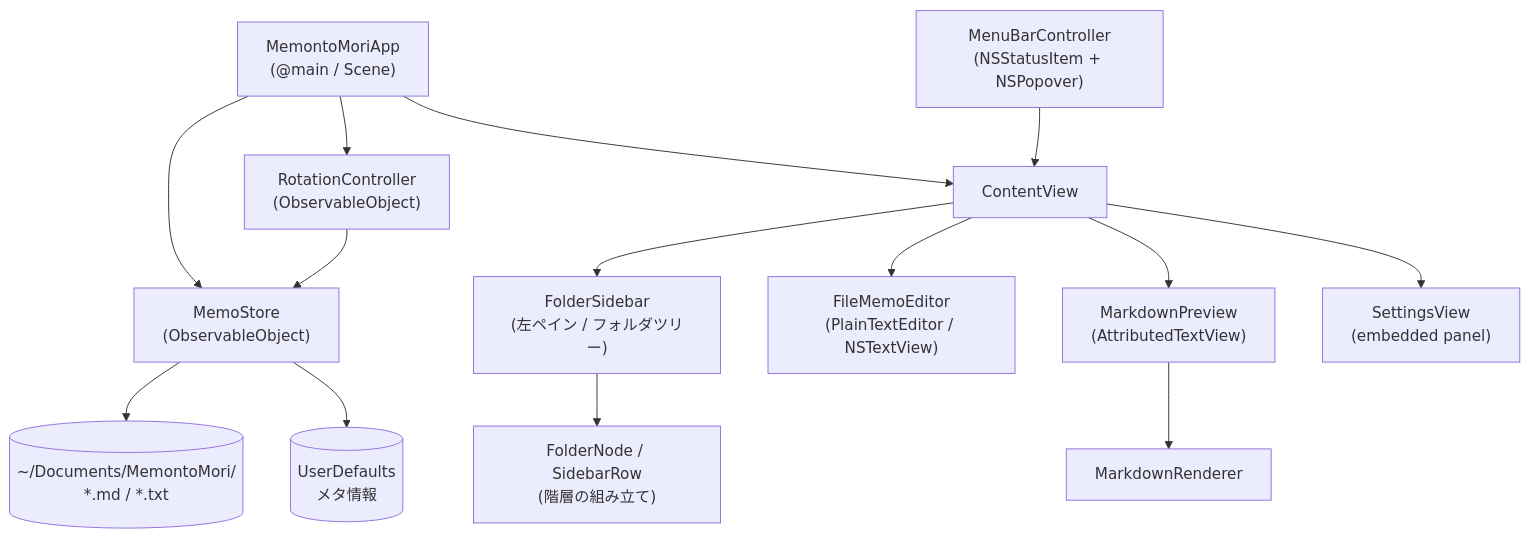
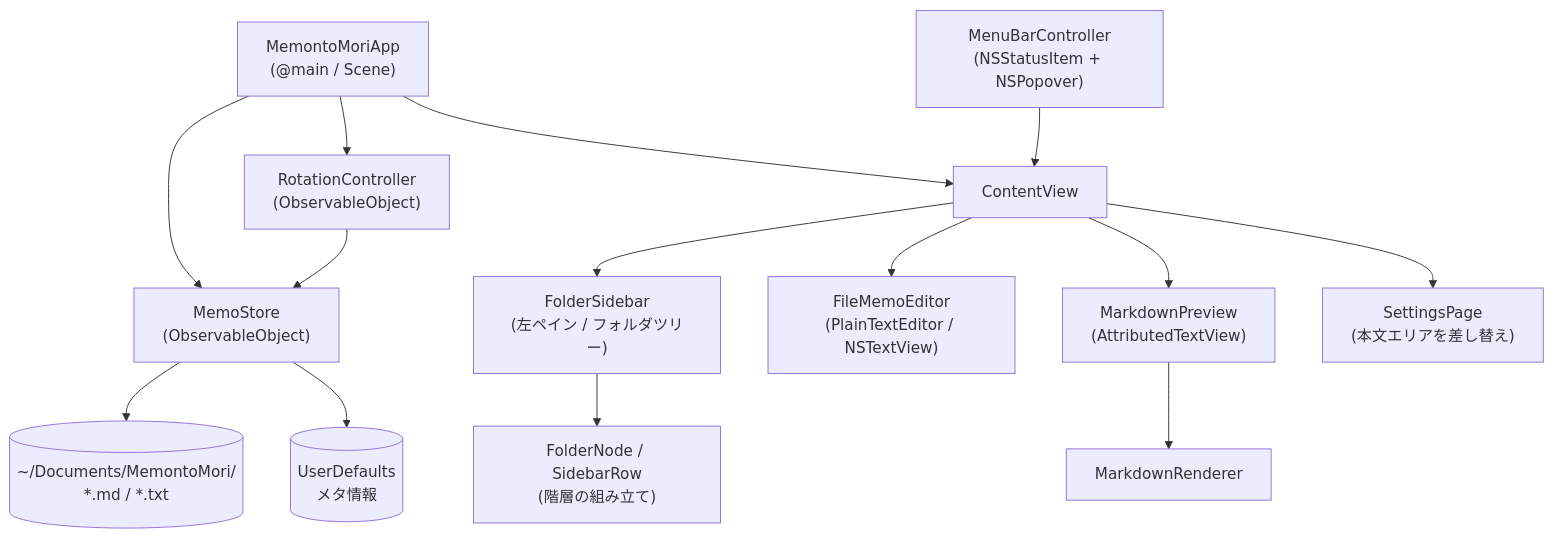
The first of 2 diagrams in docs/architecture.md (kimi8-lapi16/MemontoMori), drawn with Mermaid before and after one commit. The commit also changed other lines of this file and 12 other files, not shown here.

````diff
--- a/docs/architecture.md
+++ b/docs/architecture.md
@@ -15,19 +15,19 @@
 ```mermaid
 graph TD
     App["MemontoMoriApp<br/>(@main / Scene)"] --> Store["MemoStore<br/>(ObservableObject)"]
     App --> Rotation["RotationController<br/>(ObservableObject)"]
     Rotation --> Store
     App --> CV["ContentView"]
 
     CV --> Sidebar["FolderSidebar<br/>(左ペイン / フォルダツリー)"]
     CV --> Editor["FileMemoEditor<br/>(PlainTextEditor / NSTextView)"]
     CV --> Preview["MarkdownPreview<br/>(AttributedTextView)"]
-    CV --> Settings["SettingsView<br/>(embedded panel)"]
+    CV --> Settings["SettingsPage<br/>(本文エリアを差し替え)"]
 
     Sidebar --> Tree["FolderNode / SidebarRow<br/>(階層の組み立て)"]
 
     Preview --> MR["MarkdownRenderer"]
     Store --> FS[("~/Documents/MemontoMori/<br/>*.md / *.txt")]
     Store --> UD[("UserDefaults<br/>メタ情報")]
     Menu["MenuBarController<br/>(NSStatusItem + NSPopover)"] --> CV
 ```
````
